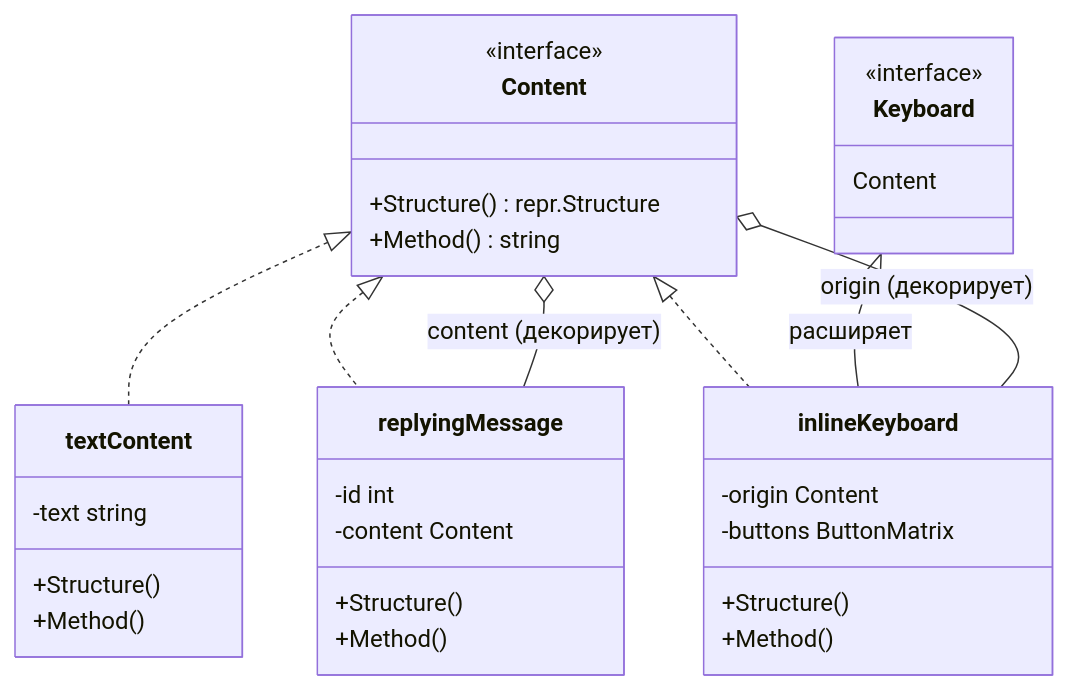
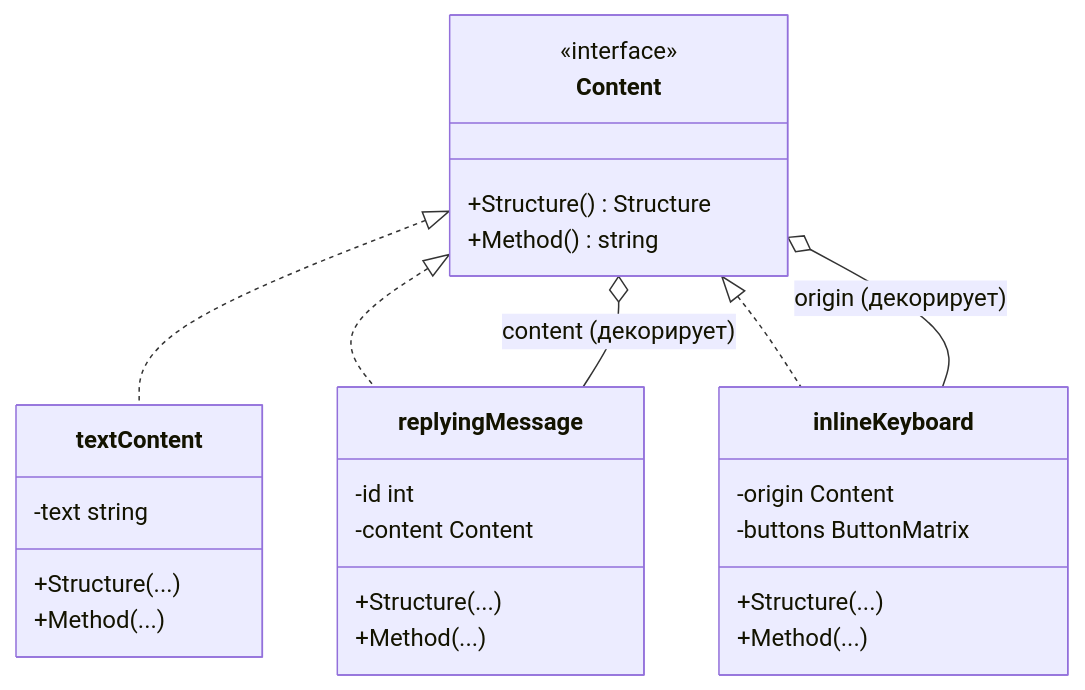
One commit to andreychh/coopera changed the fourth of 4 diagrams in docs/ru/bot-class-diagram.md. Above: the diagram before and after it, drawn with Mermaid. The commit also changed other lines of this file, not shown here.

Commit message:
#95: Update bot class diagram with new methods for user and chat handling

````diff
--- a/docs/ru/bot-class-diagram.md
+++ b/docs/ru/bot-class-diagram.md
@@ -180,49 +191,43 @@
 ```mermaid
 classDiagram
     direction TB
-%% Интерфейсы
+
     class Content {
         <<interface>>
-        +Structure() repr.Structure
+        +Structure() Structure
         +Method() string
-    }
-
-    class Keyboard {
-        <<interface>>
-        Content
     }
 
 %% Базовая реализация
     class textContent {
         -text string
-        +Structure()
-        +Method()
+        +Structure(...)
+        +Method(...)
     }
 
 %% Декораторы
     class replyingMessage {
         -id int
         -content Content
-        +Structure()
-        +Method()
+        +Structure(...)
+        +Method(...)
     }
 
     class inlineKeyboard {
         -origin Content
         -buttons ButtonMatrix
-        +Structure()
-        +Method()
+        +Structure(...)
+        +Method(...)
     }
 
 %% Реализация интерфейсов
     Content <|.. textContent
     Content <|.. replyingMessage
     Content <|.. inlineKeyboard
-    Keyboard <|-- inlineKeyboard: расширяет
 %% Отношения Декоратора/Композиции
 
 %% replyingMessage декорирует другой Content
     replyingMessage --o Content: content (декорирует)
 %% inlineKeyboard декорирует другой Content
     inlineKeyboard --o Content: origin (декорирует)
 ```
````
